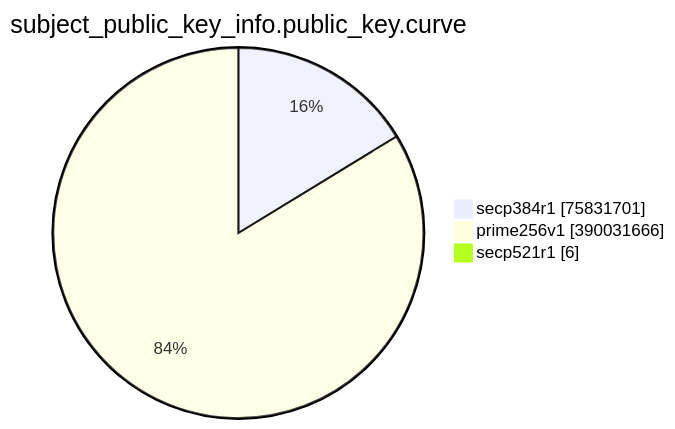
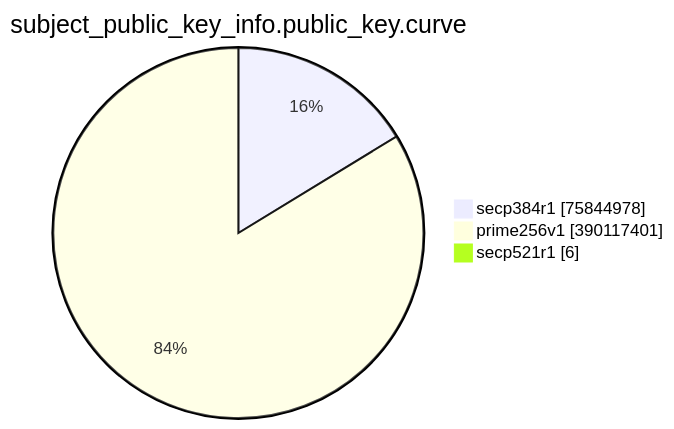
The eighth of 15 diagrams in TOTAL/README.md (christiankrug/ctmonitor_visualization), drawn with Mermaid before and after one commit. The commit also changed other lines of this file, not shown here.

````diff
--- a/TOTAL/README.md
+++ b/TOTAL/README.md
@@ -3094,7 +3094,7 @@
 ```mermaid
 pie showData
 title subject_public_key_info.public_key.curve
-"secp384r1" :75831701
-"prime256v1" :390031666
+"secp384r1" :75844978
+"prime256v1" :390117401
 "secp521r1" :6
 ```
````
